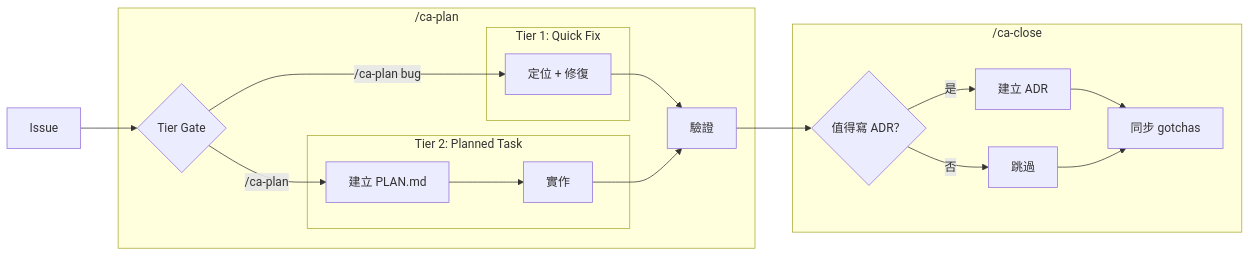
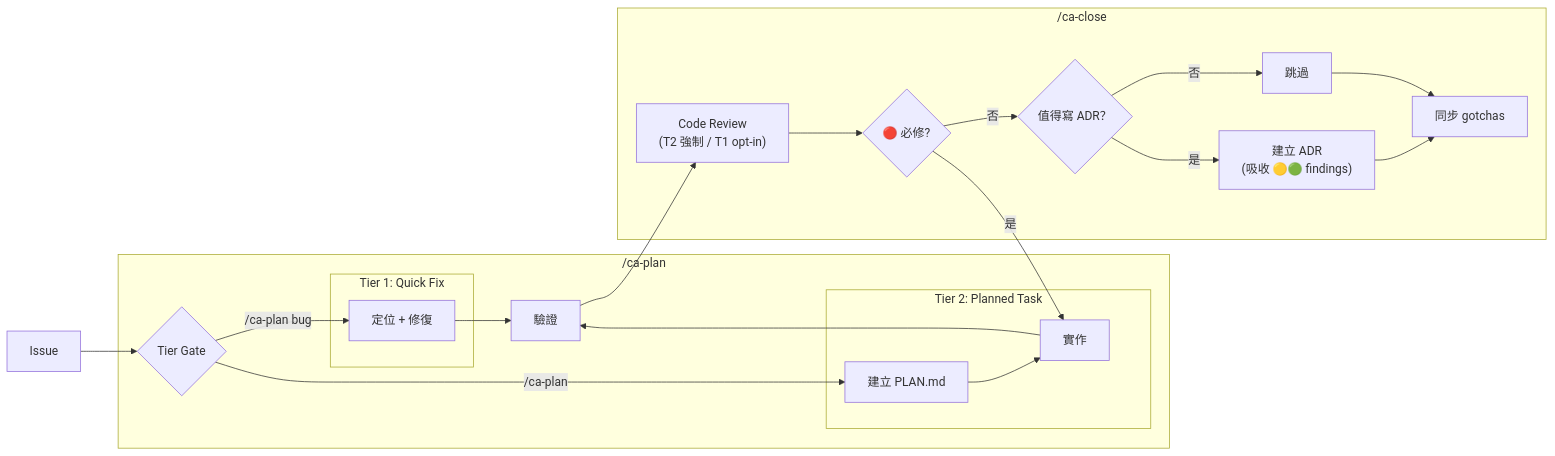
The second of 2 diagrams in README.md (FreddyCro/carto-agent), drawn with Mermaid before and after one commit. The commit also changed 7 other files, not shown here.

Commit message:
feat: added code-review and frontmatter

````diff
--- a/README.md
+++ b/README.md
@@ -125,33 +125,38 @@
 ```mermaid
 flowchart LR
     Issue["Issue"]
 
     subgraph CaPlan["/ca-plan"]
         Gate{"Tier Gate"}
 
         subgraph Tier1["Tier 1: Quick Fix"]
             Fix1["定位 + 修復"]
         end
 
         subgraph Tier2["Tier 2: Planned Task"]
             Plan2["建立 PLAN.md"]
             Impl["實作"]
         end
 
         Verify["驗證"]
     end
 
     subgraph CaClose["/ca-close"]
+        Review["Code Review<br/>(T2 強制 / T1 opt-in)"]
+        MustFix{"🔴 必修?"}
         AskADR{"值得寫 ADR？"}
-        ADR["建立 ADR"]
+        ADR["建立 ADR<br/>(吸收 🟡🟢 findings)"]
         Skip["跳過"]
         Gotchas["同步 gotchas"]
     end
 
     Issue --> Gate
     Gate -->|"/ca-plan bug"| Fix1 --> Verify
     Gate -->|"/ca-plan"| Plan2 --> Impl --> Verify
-    Verify --> AskADR
+    Verify --> Review
+    Review --> MustFix
+    MustFix -->|是| Impl
+    MustFix -->|否| AskADR
     AskADR -->|是| ADR --> Gotchas
     AskADR -->|否| Skip --> Gotchas
 ```
````
